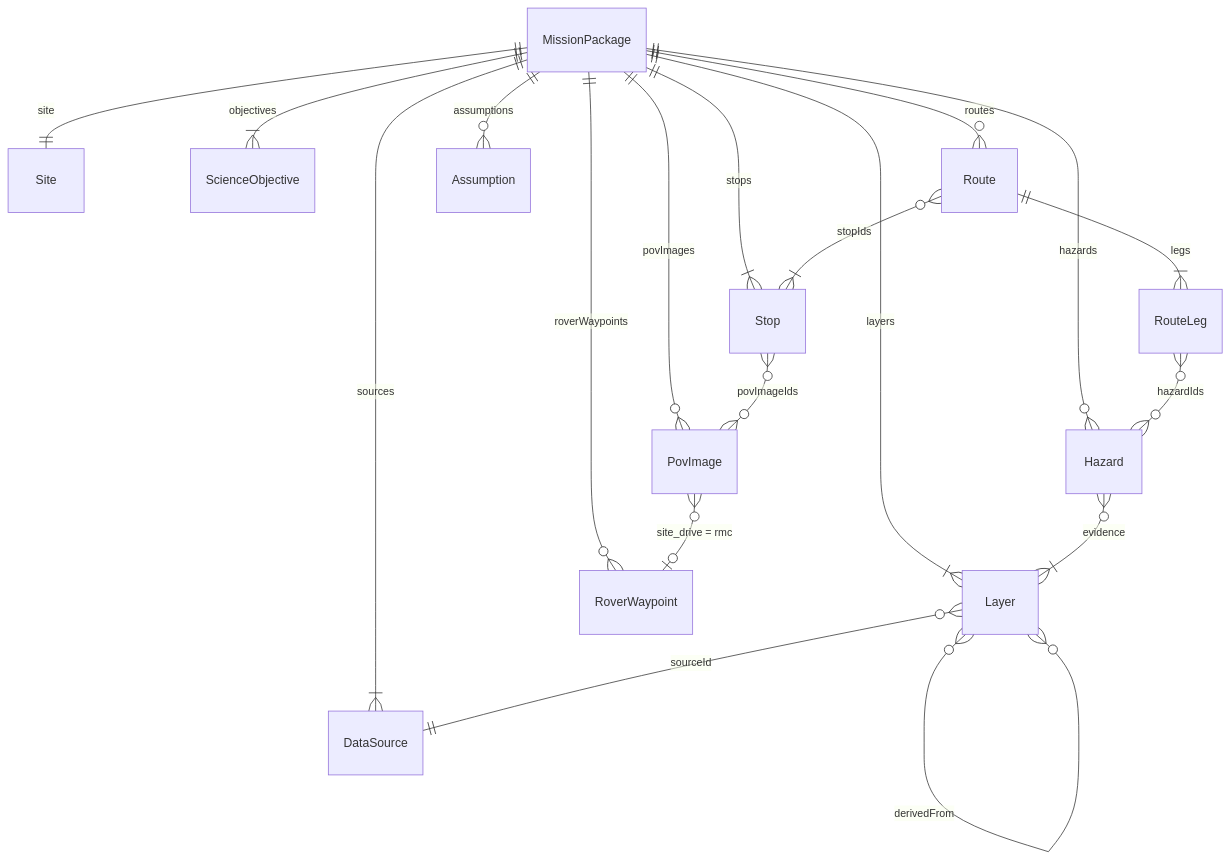
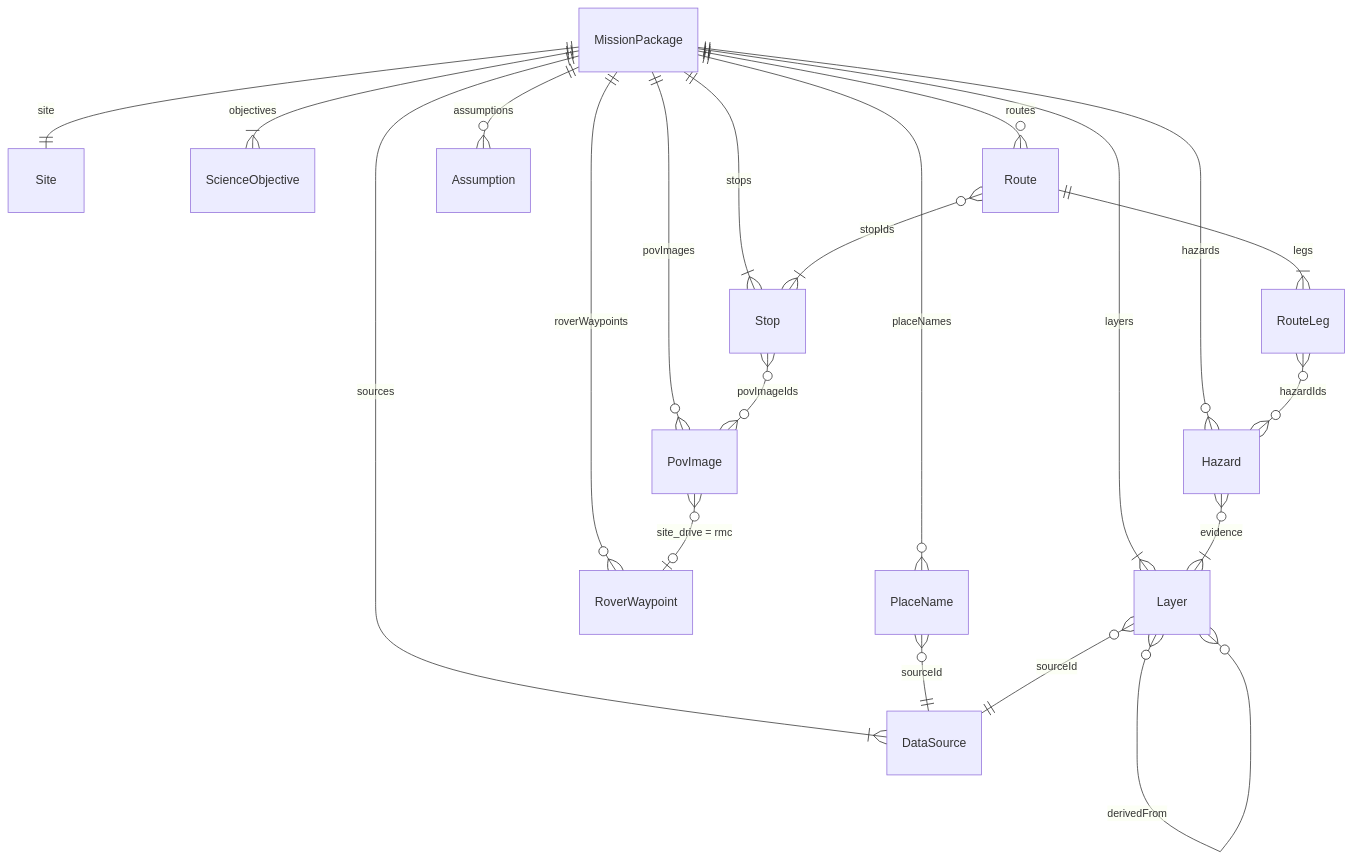
The diagram in schema/README.md (XAlandK/baramger), drawn with Mermaid before and after one commit. The commit also changed other lines of this file and 1117 other files, not shown here.

````diff
--- a/schema/README.md
+++ b/schema/README.md
@@ -12,21 +12,23 @@
 ```mermaid
 erDiagram
   MissionPackage ||--|{ DataSource : sources
   MissionPackage ||--|{ Layer : layers
   MissionPackage ||--|| Site : site
   MissionPackage ||--|{ ScienceObjective : objectives
   MissionPackage ||--|{ Stop : stops
   MissionPackage ||--o{ Route : routes
   MissionPackage ||--o{ Hazard : hazards
   MissionPackage ||--o{ PovImage : povImages
   MissionPackage ||--o{ RoverWaypoint : roverWaypoints
+  MissionPackage ||--o{ PlaceName : placeNames
+  PlaceName }o--|| DataSource : sourceId
   MissionPackage ||--o{ Assumption : assumptions
   Layer }o--|| DataSource : sourceId
   Layer }o--o{ Layer : derivedFrom
   Route ||--|{ RouteLeg : legs
   Route }o--|{ Stop : stopIds
   RouteLeg }o--o{ Hazard : hazardIds
   Hazard }o--|{ Layer : evidence
   Stop }o--o{ PovImage : povImageIds
   PovImage }o--o| RoverWaypoint : "site_drive = rmc"
 ```
````
